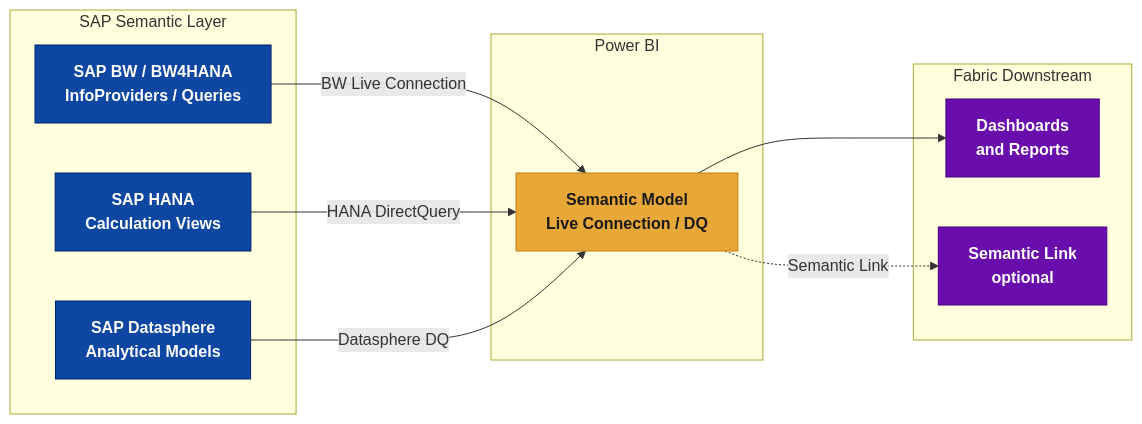
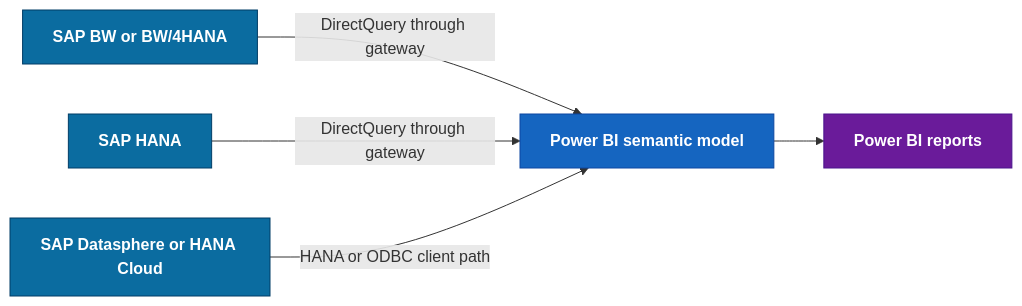
Before and after one commit to fredgis/fabric-foundry-kb: the fifth of 10 diagrams in markdown/SAP_Fabric_Connectivity.md, drawn with Mermaid. The commit also changed other lines of this file and 6 other files, not shown here.

Commit message:
Audit and refresh SAP Fabric connectivity guide

````diff
--- a/markdown/SAP_Fabric_Connectivity.md
+++ b/markdown/SAP_Fabric_Connectivity.md
@@ -360,29 +445,15 @@
 ```mermaid
-graph LR
-    subgraph SAP["SAP Semantic Layer"]
-        A1[SAP BW / BW4HANA<br/>InfoProviders / Queries]
-        A2[SAP HANA<br/>Calculation Views]
-        A3[SAP Datasphere<br/>Analytical Models]
-    end
-    subgraph PBI["Power BI"]
-        B[Semantic Model<br/>Live Connection / DQ]
-    end
-    subgraph Fabric["Fabric Downstream"]
-        C[Dashboards<br/>and Reports]
-        D[Semantic Link<br/>optional]
-    end
+flowchart LR
+    BW["SAP BW or BW/4HANA"] -->|"DirectQuery through gateway"| PBI["Power BI semantic model"]
+    HANA["SAP HANA"] -->|"DirectQuery through gateway"| PBI
+    DS["SAP Datasphere or HANA Cloud"] -->|"HANA or ODBC client path"| PBI
+    PBI --> REPORT["Power BI reports"]
 
-    A1 -->|BW Live Connection| B
-    A2 -->|HANA DirectQuery| B
-    A3 -->|Datasphere DQ| B
-    B --> C
-    B -.->|Semantic Link| D
+    classDef sap fill:#0B6CA0,stroke:#003D66,color:#ffffff,font-weight:bold
+    classDef pbi fill:#1565C0,stroke:#0D47A1,color:#ffffff,font-weight:bold
+    classDef report fill:#6A1B9A,stroke:#4A148C,color:#ffffff,font-weight:bold
 
-    classDef sapStyle fill:#0D47A1,stroke:#002171,color:#ffffff,font-weight:bold
-    classDef pbiStyle fill:#E8A838,stroke:#C07C10,color:#1a1a1a,font-weight:bold
-    classDef fabricStyle fill:#6A0DAD,stroke:#4A0080,color:#ffffff,font-weight:bold
-
-    class A1,A2,A3 sapStyle
-    class B pbiStyle
-    class C,D fabricStyle
+    class BW,HANA,DS sap
+    class PBI pbi
+    class REPORT report
 ```
````
